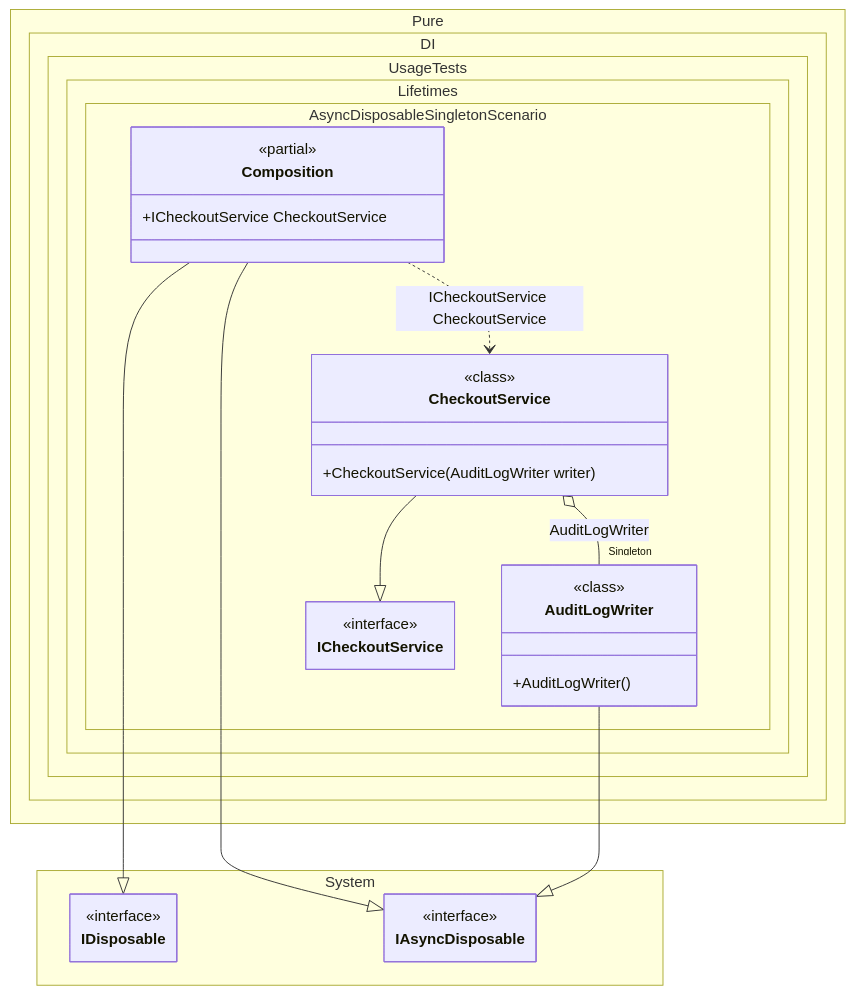
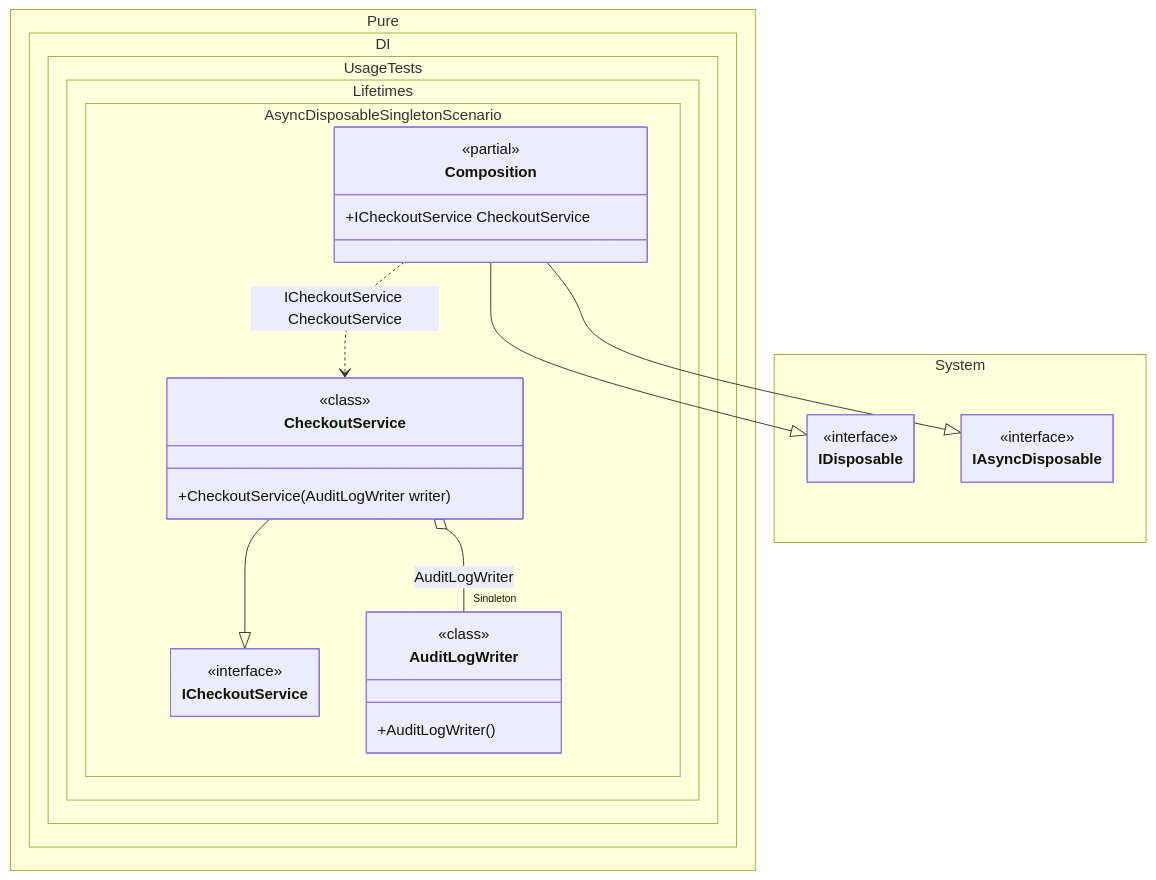
The diagram in readme/async-disposable-singleton.md (DevTeam/Pure.DI), drawn with Mermaid before and after one commit. The commit also changed other lines of this file and 45 other files, not shown here.

````diff
--- a/readme/async-disposable-singleton.md
+++ b/readme/async-disposable-singleton.md
@@ -212,39 +211,38 @@
 ```mermaid
 ---
  config:
   class:
    hideEmptyMembersBox: true
 ---
 classDiagram
 	Composition --|> IDisposable
 	Composition --|> IAsyncDisposable
-	AuditLogWriter --|> IAsyncDisposable
 	CheckoutService --|> ICheckoutService
 	Composition ..> CheckoutService : ICheckoutService CheckoutService
 	CheckoutService o-- "Singleton" AuditLogWriter : AuditLogWriter
 	namespace Pure.DI.UsageTests.Lifetimes.AsyncDisposableSingletonScenario {
 		class AuditLogWriter {
 				<<class>>
 			+AuditLogWriter()
 		}
 		class CheckoutService {
 				<<class>>
 			+CheckoutService(AuditLogWriter writer)
 		}
 		class Composition {
 		<<partial>>
 		+ICheckoutService CheckoutService
 		}
 		class ICheckoutService {
 			<<interface>>
 		}
 	}
 	namespace System {
 		class IAsyncDisposable {
 			<<interface>>
 		}
 		class IDisposable {
 			<<interface>>
 		}
 	}
 ```
````
